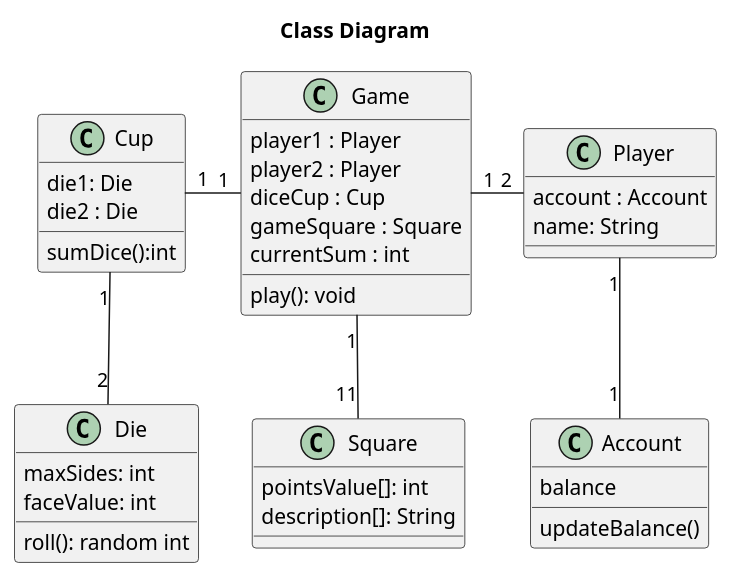
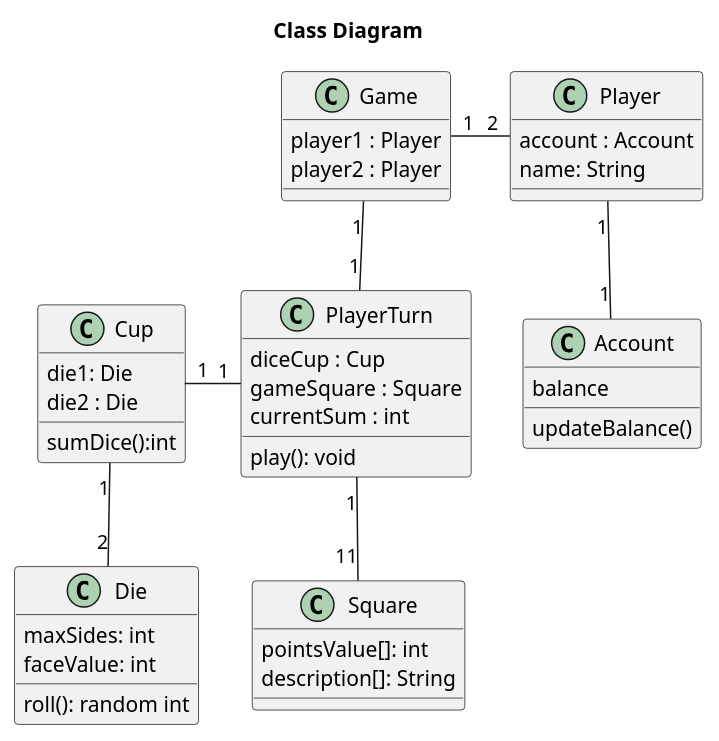
One commit to Besbes1/G_26_CDIO2 changed the diagram in Diagrams/KlasseDiagram.puml. Above: the diagram before and after it, drawn with PlantUML.

Commit message:
Adding PlayerTurn class

```diff
--- a/Diagrams/KlasseDiagram.puml
+++ b/Diagrams/KlasseDiagram.puml
@@ -1,63 +1,70 @@
 @startuml
 
 title Class Diagram
+
+class PlayerTurn {
+diceCup : Cup
+gameSquare : Square
+currentSum : int
+
+play(): void
+}
 
 class Cup{
 die1: Die
 die2 : Die
 sumDice():int
 }
 
 class Die {
 maxSides: int
 faceValue: int
 
 roll(): random int
 
 }
 
 class Game {
 player1 : Player
 player2 : Player
-diceCup : Cup
-gameSquare : Square
-currentSum : int
 
-play(): void
+
 
 }
 
 class Player{
 account : Account
 name: String
 
 }
 
 class Account{
 balance
 updateBalance()
 
 }
 
 class Square {
 pointsValue[]: int
 description[]: String
 
 }
 
 
 
-Game "1" -left- "1" Cup
+PlayerTurn "1" -left- "1" Cup
 
 Game "1" -right- "2" Player
 
-Game "1" -down- "11" Square
+PlayerTurn "1" -down- "11" Square
+
+PlayerTurn "1" -up- "1" Game
 
 Cup "1" -down- "2" Die
 
 Player "1" -down- "1" Account
 
 
 
 
 @enduml
```
